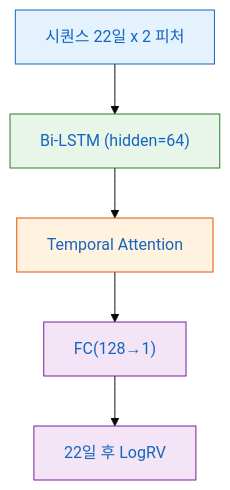
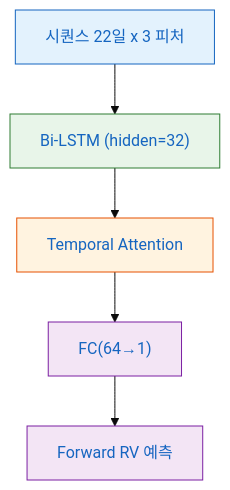
The first of 2 diagrams in experiments/phase13_model_comparison.qmd (15tkdgns/vrp-paper), drawn with Mermaid before and after one commit. The commit also changed other lines of this file and 347 other files, not shown here.

````diff
--- a/experiments/phase13_model_comparison.qmd
+++ b/experiments/phase13_model_comparison.qmd
@@ -89,14 +104,14 @@
 ```{mermaid}
 %%{init: {'theme': 'base', 'themeVariables': { 'primaryColor': '#E3F2FD', 'primaryTextColor': '#1565C0'}}}%%
 flowchart TD
-    A["시퀀스 22일 x 2 피처"] --> B["Bi-LSTM (hidden=64)"]
+    A["시퀀스 22일 x 3 피처"] --> B["Bi-LSTM (hidden=32)"]
     B --> C["Temporal Attention"]
-    C --> D["FC(128→1)"]
-    D --> E["22일 후 LogRV"]
+    C --> D["FC(64→1)"]
+    D --> E["Forward RV 예측"]
 
     style A fill:#E3F2FD,stroke:#1565C0
     style B fill:#E8F5E9,stroke:#2E7D32
     style C fill:#FFF3E0,stroke:#E65100
     style D fill:#F3E5F5,stroke:#7B1FA2
     style E fill:#F3E5F5,stroke:#7B1FA2
 ```
````
